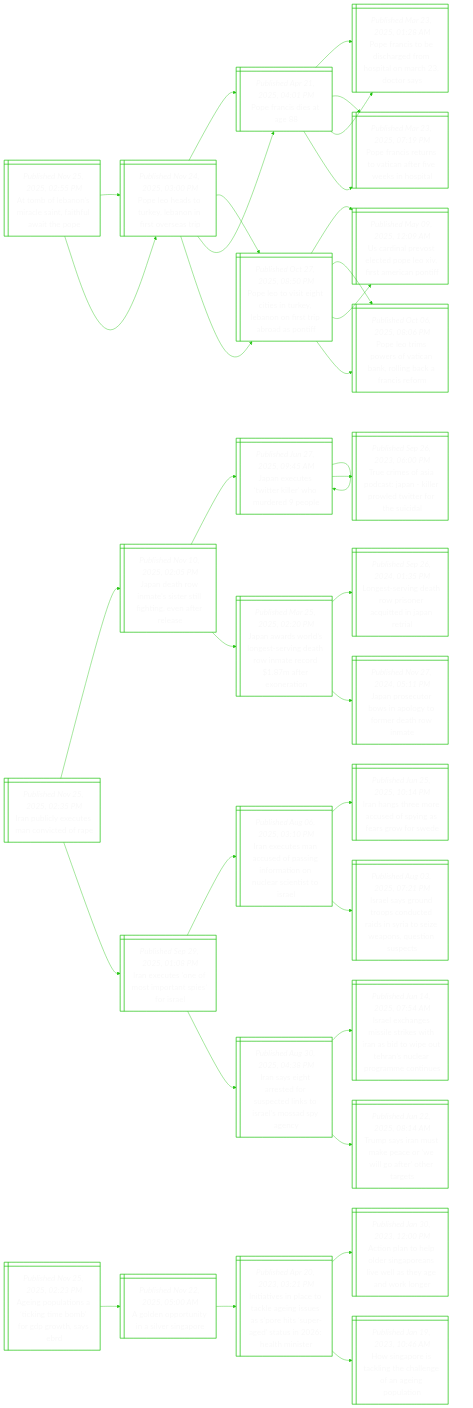
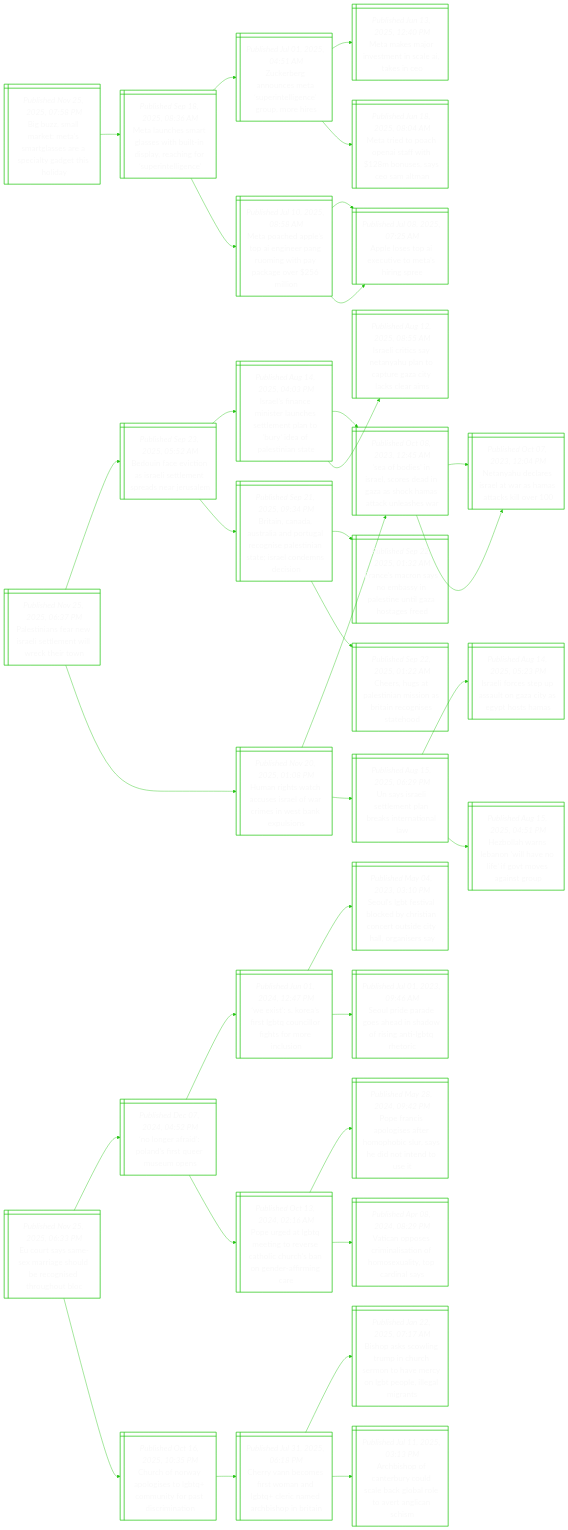
The diagram in README.md (notJmes/notJmes), drawn with Mermaid before and after one commit. The commit also changed other lines of this file, not shown here.

````diff
--- a/README.md
+++ b/README.md
@@ -16,112 +16,112 @@
 flowchart LR
 classDef txtsize font-size:20px;
 
-Abbsciilto@{ shape: win-pane, label: "_Published Nov 25, 2025, 02:55 PM_
-At tomb of lebanon’s miracle saint, faithful await the pope" }
-PeduLoivap@{ shape: win-pane, label: "_Published Nov 24, 2025, 03:00 PM_
-Pope leo heads to turkey, lebanon in first overseas trip" }
-Prsa@{ shape: win-pane, label: "_Published Apr 21, 2025, 04:01 PM_
-Pope francis dies at age 88" }
-Prsdafoaaos@{ shape: win-pane, label: "_Published Mar 23, 2025, 01:28 AM_
-Pope francis to be discharged from hospital on march 23, doctor says" }
-PrsrVaeessl@{ shape: win-pane, label: "_Published Mar 23, 2025, 07:19 PM_
-Pope francis returns to vatican after five weeks in hospital" }
-Peiiiikbospaof@{ shape: win-pane, label: "_Published Oct 27, 2025, 08:50 PM_
-Pope leo to visit eight cities in turkey, lebanon on first trip abroad as pontiff" }
-UdPscooimat@{ shape: win-pane, label: "_Published May 09, 2025, 12:09 AM_
-Us cardinal prevost elected pope leo xiv, first american pontiff" }
-PemeVakicarm@{ shape: win-pane, label: "_Published Oct 06, 2025, 08:06 PM_
-Pope leo trims powers of vatican bank, rolling back a francis reform" }
-PeduLoivap@{ shape: win-pane, label: "_Published Nov 24, 2025, 03:00 PM_
-Pope leo heads to turkey, lebanon in first overseas trip" }
-Prsa@{ shape: win-pane, label: "_Published Apr 21, 2025, 04:01 PM_
-Pope francis dies at age 88" }
-Prsdafoaaos@{ shape: win-pane, label: "_Published Mar 23, 2025, 01:28 AM_
-Pope francis to be discharged from hospital on march 23, doctor says" }
-PrsrVaeessl@{ shape: win-pane, label: "_Published Mar 23, 2025, 07:19 PM_
-Pope francis returns to vatican after five weeks in hospital" }
-Peiiiikbospaof@{ shape: win-pane, label: "_Published Oct 27, 2025, 08:50 PM_
-Pope leo to visit eight cities in turkey, lebanon on first trip abroad as pontiff" }
-UdPscooimat@{ shape: win-pane, label: "_Published May 09, 2025, 12:09 AM_
-Us cardinal prevost elected pope leo xiv, first american pontiff" }
-PemeVakicarm@{ shape: win-pane, label: "_Published Oct 06, 2025, 08:06 PM_
-Pope leo trims powers of vatican bank, rolling back a francis reform" }
+Bzlktaaapldhl@{ shape: win-pane, label: "_Published Nov 25, 2025, 07:58 PM_
+Big buzz, small market: meta’s smartglasses are a specialty gadget this holiday" }
+Maersiidacfptg@{ shape: win-pane, label: "_Published Sep 18, 2025, 08:36 AM_
+Meta launches smart glasses with built-in display, reaching for ‘superintelligence’" }
+Zraneptggmi@{ shape: win-pane, label: "_Published Jul 01, 2025, 04:51 AM_
+Zuckerberg announces meta ‘superintelligence’ group, more hires" }
+MaanmnekC@{ shape: win-pane, label: "_Published Jun 13, 2025, 12:40 PM_
+Meta makes major investment in scale ai, takes in ceo" }
+MrohAfhuaOl@{ shape: win-pane, label: "_Published Jun 18, 2025, 08:04 AM_
+Meta tried to poach openai staff with $128m bonuses, says ceo sam altman" }
+ModeAiPugpcoin@{ shape: win-pane, label: "_Published Jul 10, 2025, 08:58 AM_
+Meta poached apple’s top ai engineer pang ruoming with pay package over $256 million" }
+Altetosne@{ shape: win-pane, label: "_Published Jul 08, 2025, 07:25 AM_
+Apple loses top ai executive to meta’s hiring spree" }
+Altetosne@{ shape: win-pane, label: "_Published Jul 08, 2025, 07:25 AM_
+Apple loses top ai executive to meta’s hiring spree" }
 
-Abbsciilto:::txtsize --> PeduLoivap:::txtsize
-PeduLoivap:::txtsize --> Prsa:::txtsize
-Prsa:::txtsize --> Prsdafoaaos:::txtsize
-Prsa:::txtsize --> PrsrVaeessl:::txtsize
-PeduLoivap:::txtsize --> Peiiiikbospaof:::txtsize
-Peiiiikbospaof:::txtsize --> UdPscooimat:::txtsize
-Peiiiikbospaof:::txtsize --> PemeVakicarm:::txtsize
-Abbsciilto:::txtsize --> PeduLoivap:::txtsize
-PeduLoivap:::txtsize --> Prsa:::txtsize
-Prsa:::txtsize --> Prsdafoaaos:::txtsize
-Prsa:::txtsize --> PrsrVaeessl:::txtsize
-PeduLoivap:::txtsize --> Peiiiikbospaof:::txtsize
-Peiiiikbospaof:::txtsize --> UdPscooimat:::txtsize
-Peiiiikbospaof:::txtsize --> PemeVakicarm:::txtsize
+Bzlktaaapldhl:::txtsize --> Maersiidacfptg:::txtsize
+Maersiidacfptg:::txtsize --> Zraneptggmi:::txtsize
+Zraneptggmi:::txtsize --> MaanmnekC:::txtsize
+Zraneptggmi:::txtsize --> MrohAfhuaOl:::txtsize
+Maersiidacfptg:::txtsize --> ModeAiPugpcoin:::txtsize
+ModeAiPugpcoin:::txtsize --> Altetosne:::txtsize
+ModeAiPugpcoin:::txtsize --> Altetosne:::txtsize
 
-Iulcmnea@{ shape: win-pane, label: "_Published Nov 25, 2025, 02:35 PM_
-Iran publicly executes man convicted of rape" }
-Jdrmsrltvtl@{ shape: win-pane, label: "_Published Nov 10, 2025, 02:05 PM_
-Japan death row inmate’s sister still fighting, even after release" }
-Jetikruep@{ shape: win-pane, label: "_Published Jun 27, 2025, 09:45 AM_
-Japan executes ‘twitter killer’ who murdered 9 people" }
-Jetikruep@{ shape: win-pane, label: "_Published Jun 27, 2025, 09:45 AM_
-Japan executes ‘twitter killer’ who murdered 9 people" }
-Troaaplrdtrua@{ shape: win-pane, label: "_Published Sep 26, 2023, 06:00 PM_
-True crimes of asia podcast: japan - killer prowled twitter for the suicidal" }
-Jasdgeghnrdeni@{ shape: win-pane, label: "_Published Mar 25, 2025, 02:20 PM_
-Japan awards world’s longest-serving death row inmate record $1.87m after exoneration" }
-Lsveosatnni@{ shape: win-pane, label: "_Published Sep 26, 2024, 01:35 PM_
-Longest-serving death row prisoner acquitted in japan retrial" }
-Jpcbnofrhn@{ shape: win-pane, label: "_Published Nov 27, 2024, 05:11 PM_
-Japan prosecutor bows in apology to former death row inmate" }
-Ixeotrsfr@{ shape: win-pane, label: "_Published Sep 29, 2025, 01:08 PM_
-Iran executes ‘one of most important spies’ for israel" }
-Ixeaeagrournta@{ shape: win-pane, label: "_Published Aug 06, 2025, 03:10 PM_
-Iran executes man accused of passing information on nuclear scientist to israel" }
-Iahocoifgod@{ shape: win-pane, label: "_Published Jun 25, 2025, 10:14 PM_
-Iran hangs three more accused of spying as fears grow for swede" }
-Ilgdpddsrswnssc@{ shape: win-pane, label: "_Published Aug 03, 2025, 07:21 PM_
-Israel says ground troops conducted raids in syria to seize weapons, question suspects" }
-IagrdutnIlsyc@{ shape: win-pane, label: "_Published Aug 30, 2025, 04:38 PM_
-Iran says eight arrested for suspected links to israel’s mossad spy agency" }
-Ilamliiaiitacpaou@{ shape: win-pane, label: "_Published Jun 14, 2025, 07:54 AM_
-Israel exchanges missile strikes with iran as bid to wipe out tehran’s nuclear programme continues" }
-Tsrseeworre@{ shape: win-pane, label: "_Published Jun 22, 2025, 08:14 AM_
-Trump says iran must make peace or ‘we will go after’ other targets" }
+Ptnrsiltwtt@{ shape: win-pane, label: "_Published Nov 25, 2025, 06:37 PM_
+Palestinians fear new israeli settlement will wreck their town" }
+Bietseternel@{ shape: win-pane, label: "_Published Sep 23, 2025, 05:52 AM_
+Bedouin face eviction as israeli settlement spreads near jerusalem" }
+Ilaiensepoifsat@{ shape: win-pane, label: "_Published Aug 14, 2025, 04:03 PM_
+Israel’s finance minister launches settlement plan to ‘bury’ idea of palestinian state" }
+Sbsrcdnacaale@{ shape: win-pane, label: "_Published Oct 08, 2023, 12:45 AM_
+‘sea of bodies’ in israel, scores dead in gaza as shock hamas attack unleashes war" }
+Iltaauttatkas@{ shape: win-pane, label: "_Published Aug 12, 2025, 08:55 AM_
+Israeli critics say netanyahu plan to capture gaza city lacks clear aims" }
+BiasiPgcseiaroni@{ shape: win-pane, label: "_Published Sep 21, 2025, 09:34 PM_
+Britain, canada, australia and portugal recognise palestinian state; israel condemns decision" }
+Ferymylniaar@{ shape: win-pane, label: "_Published Sep 22, 2025, 01:32 AM_
+France’s macron says no embassy in palestine until gaza hostages freed" }
+Csaeisateito@{ shape: win-pane, label: "_Published Sep 22, 2025, 01:22 AM_
+Cheers, hugs at palestinian mission as britain recognises statehood" }
+HRshsrfrites@{ shape: win-pane, label: "_Published Nov 20, 2025, 01:08 PM_
+Human rights watch accuses israel of war crimes in west bank expulsions" }
+Sbsrcdnacaale@{ shape: win-pane, label: "_Published Oct 08, 2023, 12:45 AM_
+‘sea of bodies’ in israel, scores dead in gaza as shock hamas attack unleashes war" }
+NyeeawHakl@{ shape: win-pane, label: "_Published Oct 07, 2023, 12:04 PM_
+Netanyahu declares israel at war as hamas attacks kill over 100" }
+NyeeawHakl@{ shape: win-pane, label: "_Published Oct 07, 2023, 12:04 PM_
+Netanyahu declares israel at war as hamas attacks kill over 100" }
+Useteaattl@{ shape: win-pane, label: "_Published Aug 15, 2025, 06:29 PM_
+Un says israeli settlement plan breaks international law" }
+Ilcestzyysm@{ shape: win-pane, label: "_Published Aug 14, 2025, 05:23 PM_
+Israeli forces step up assault on gaza city as egypt hosts hamas" }
+Hlaenhoitsno@{ shape: win-pane, label: "_Published Aug 15, 2025, 04:51 PM_
+Hezbollah warns lebanon ‘will have no life’ if govt moves against group" }
 
-Iulcmnea:::txtsize --> Jdrmsrltvtl:::txtsize
-Jdrmsrltvtl:::txtsize --> Jetikruep:::txtsize
-Jetikruep:::txtsize --> Jetikruep:::txtsize
-Jetikruep:::txtsize --> Troaaplrdtrua:::txtsize
-Jdrmsrltvtl:::txtsize --> Jasdgeghnrdeni:::txtsize
-Jasdgeghnrdeni:::txtsize --> Lsveosatnni:::txtsize
-Jasdgeghnrdeni:::txtsize --> Jpcbnofrhn:::txtsize
-Iulcmnea:::txtsize --> Ixeotrsfr:::txtsize
-Ixeotrsfr:::txtsize --> Ixeaeagrournta:::txtsize
-Ixeaeagrournta:::txtsize --> Iahocoifgod:::txtsize
-Ixeaeagrournta:::txtsize --> Ilgdpddsrswnssc:::txtsize
-Ixeotrsfr:::txtsize --> IagrdutnIlsyc:::txtsize
-IagrdutnIlsyc:::txtsize --> Ilamliiaiitacpaou:::txtsize
-IagrdutnIlsyc:::txtsize --> Tsrseeworre:::txtsize
+Ptnrsiltwtt:::txtsize --> Bietseternel:::txtsize
+Bietseternel:::txtsize --> Ilaiensepoifsat:::txtsize
+Ilaiensepoifsat:::txtsize --> Sbsrcdnacaale:::txtsize
+Ilaiensepoifsat:::txtsize --> Iltaauttatkas:::txtsize
+Bietseternel:::txtsize --> BiasiPgcseiaroni:::txtsize
+BiasiPgcseiaroni:::txtsize --> Ferymylniaar:::txtsize
+BiasiPgcseiaroni:::txtsize --> Csaeisateito:::txtsize
+Ptnrsiltwtt:::txtsize --> HRshsrfrites:::txtsize
+HRshsrfrites:::txtsize --> Sbsrcdnacaale:::txtsize
+Sbsrcdnacaale:::txtsize --> NyeeawHakl:::txtsize
+Sbsrcdnacaale:::txtsize --> NyeeawHakl:::txtsize
+HRshsrfrites:::txtsize --> Useteaattl:::txtsize
+Useteaattl:::txtsize --> Ilcestzyysm:::txtsize
+Useteaattl:::txtsize --> Hlaenhoitsno:::txtsize
 
-AglnctorrsB@{ shape: win-pane, label: "_Published Nov 25, 2025, 02:23 PM_
-Ageing populations a ‘ticking time bomb’ for gdp growth, says ebrd" }
-Aeoiaege@{ shape: win-pane, label: "_Published Nov 22, 2025, 05:00 AM_
-A golden opportunity in a silver singapore" }
-IasatenuShuganti@{ shape: win-pane, label: "_Published Apr 20, 2023, 03:21 PM_
-Initiatives in place to tackle ageing issues as s’pore hits ‘super-aged’ status in 2026: health minister" }
-Antpraavlearg@{ shape: win-pane, label: "_Published Jan 30, 2023, 12:00 PM_
-Action plan to help older singaporeans live well as they age and work longer" }
-Hnrancefeot@{ shape: win-pane, label: "_Published Jan 19, 2023, 10:46 AM_
-How singapore is tackling the challenge of an ageing population" }
+Erssreleihhl@{ shape: win-pane, label: "_Published Nov 25, 2025, 06:33 PM_
+Eu court says same-sex marriage should be recognised throughout bloc" }
+Ngrostrun@{ shape: win-pane, label: "_Published Dec 07, 2024, 04:52 PM_
+‘no longer afraid’: poland’s first queer museum opens" }
+WsriGolifrln@{ shape: win-pane, label: "_Published Jun 01, 2024, 12:47 PM_
+‘we exist’: s. korea’s first lgbtq councillor fights for more inclusion" }
+Ssfvobinetcagey@{ shape: win-pane, label: "_Published May 04, 2023, 03:10 PM_
+Seoul's lgbt festival blocked by christian concert outside city hall, organisers say" }
+SPpeaidrgLrr@{ shape: win-pane, label: "_Published Jul 01, 2023, 09:46 AM_
+Seoul pride parade goes ahead in shadow of rising anti-lgbtq rhetoric" }
+PrtQirshChodfne@{ shape: win-pane, label: "_Published Oct 13, 2024, 02:16 AM_
+Pope urged at lgbtq meeting to reverse catholic church’s ban on gender-affirming care" }
+Prsosrpcseoeu@{ shape: win-pane, label: "_Published May 28, 2024, 09:42 PM_
+Pope francis apologises after homophobic slur, says he did not intend to use it" }
+Vaoratfslods@{ shape: win-pane, label: "_Published Apr 08, 2024, 08:29 PM_
+Vatican opposes criminalisation of homosexuality, top cardinal says" }
+ChrpioQufscnn@{ shape: win-pane, label: "_Published Oct 16, 2025, 10:35 PM_
+Church of norway apologises to lgbtq+ community for past discrimination" }
+CybesaLccdbpi@{ shape: win-pane, label: "_Published Jul 31, 2025, 06:18 PM_
+Cherry vann becomes first woman and lgbtq+ cleric named archbishop in britain" }
+BpsiuchoarLeiar@{ shape: win-pane, label: "_Published Jan 22, 2025, 07:17 AM_
+Bishop asks scowling trump in church sermon to have mercy on lgbt people, illegal migrants" }
+Aiotrllkaeegns@{ shape: win-pane, label: "_Published Jul 11, 2025, 03:13 PM_
+Archbishop of canterbury could scale back global role to avert anglican schism" }
 
-AglnctorrsB:::txtsize --> Aeoiaege:::txtsize
-Aeoiaege:::txtsize --> IasatenuShuganti:::txtsize
-IasatenuShuganti:::txtsize --> Antpraavlearg:::txtsize
-IasatenuShuganti:::txtsize --> Hnrancefeot:::txtsize
+Erssreleihhl:::txtsize --> Ngrostrun:::txtsize
+Ngrostrun:::txtsize --> WsriGolifrln:::txtsize
+WsriGolifrln:::txtsize --> Ssfvobinetcagey:::txtsize
+WsriGolifrln:::txtsize --> SPpeaidrgLrr:::txtsize
+Ngrostrun:::txtsize --> PrtQirshChodfne:::txtsize
+PrtQirshChodfne:::txtsize --> Prsosrpcseoeu:::txtsize
+PrtQirshChodfne:::txtsize --> Vaoratfslods:::txtsize
+Erssreleihhl:::txtsize --> ChrpioQufscnn:::txtsize
+ChrpioQufscnn:::txtsize --> CybesaLccdbpi:::txtsize
+CybesaLccdbpi:::txtsize --> BpsiuchoarLeiar:::txtsize
+CybesaLccdbpi:::txtsize --> Aiotrllkaeegns:::txtsize
 
 ```
````
